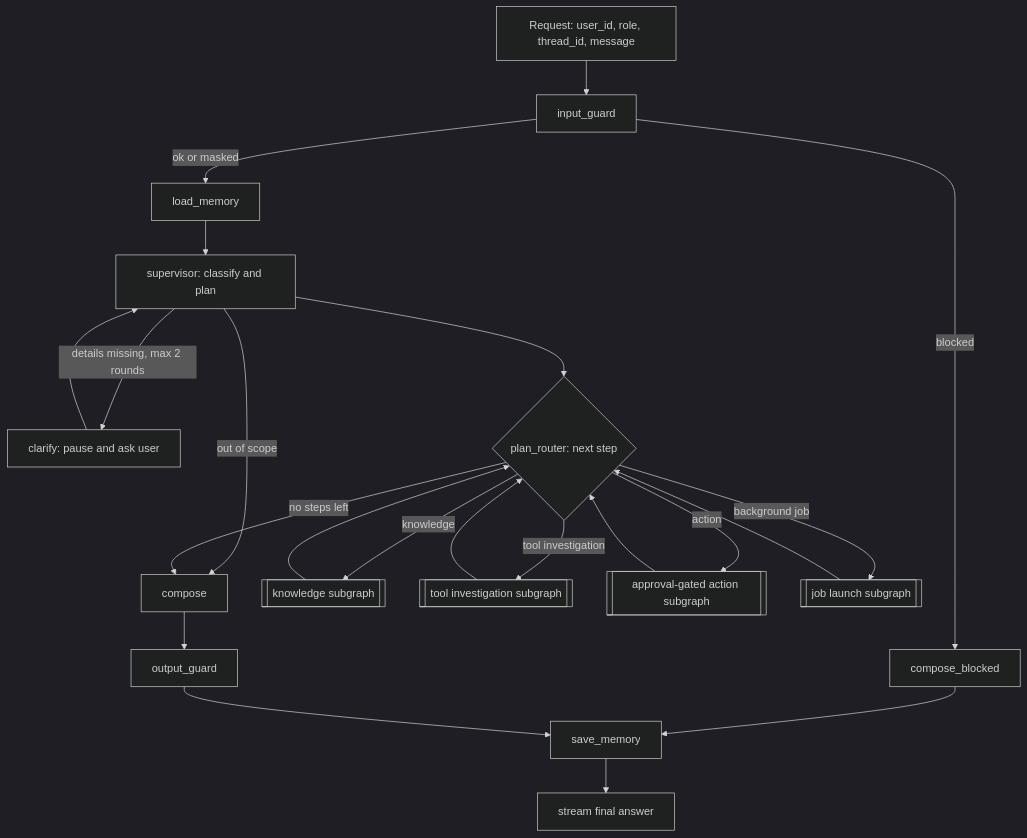
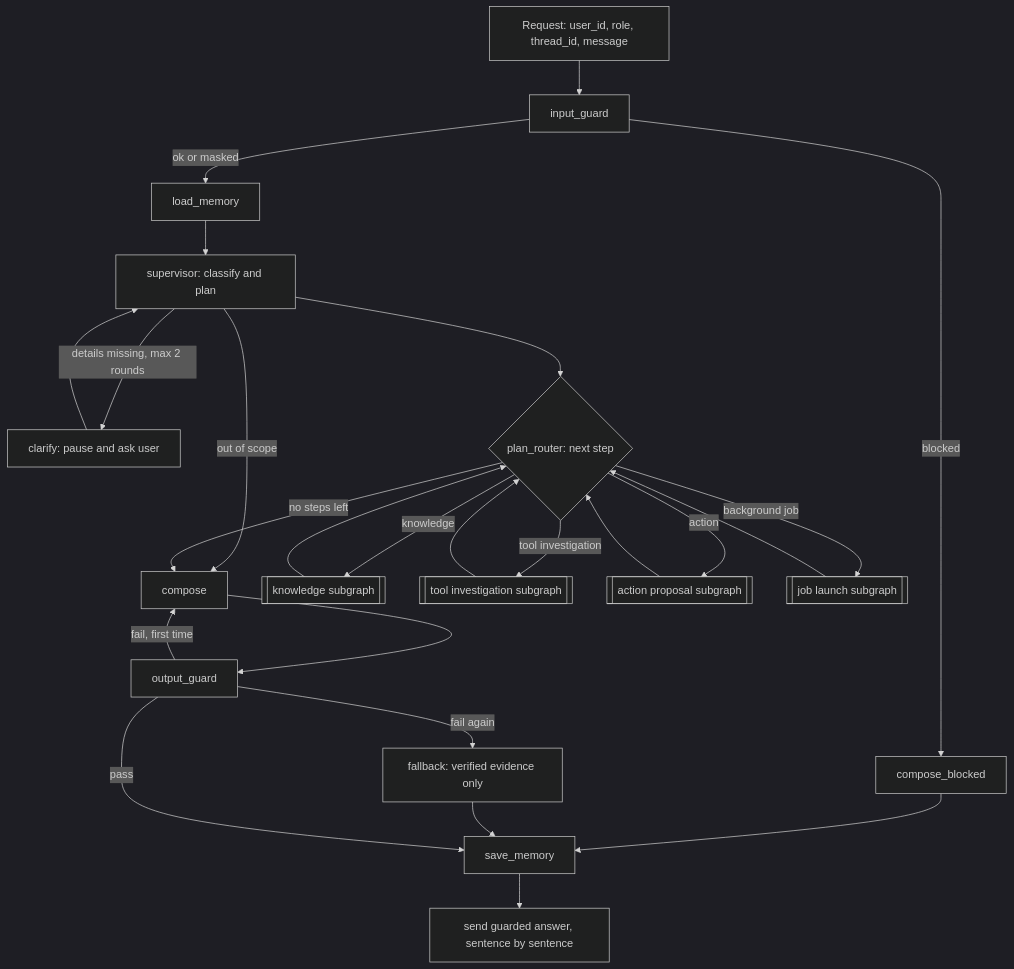
One commit to AnkushBhise/Enterprise_Operations_Copilot changed the first of 8 diagrams in docs/design.md. Above: the diagram before and after it, drawn with Mermaid (dark theme). The commit also changed other lines of this file and 2 other files, not shown here.

````diff
--- a/docs/design.md
+++ b/docs/design.md
@@ -332,24 +352,27 @@
 ```mermaid
 flowchart TD
     REQ["Request: user_id, role, thread_id, message"] --> IG["input_guard"]
     IG -->|blocked| CB["compose_blocked"]
     IG -->|ok or masked| LM["load_memory"]
     LM --> SUP["supervisor: classify and plan"]
     SUP -->|details missing, max 2 rounds| CL["clarify: pause and ask user"]
     CL --> SUP
     SUP -->|out of scope| COMP
     SUP --> PR{"plan_router: next step"}
     PR -->|knowledge| W1[["knowledge subgraph"]]
     PR -->|tool investigation| W2[["tool investigation subgraph"]]
-    PR -->|action| W3[["approval-gated action subgraph"]]
+    PR -->|action| W3[["action proposal subgraph"]]
     PR -->|background job| W4[["job launch subgraph"]]
     PR -->|no steps left| COMP["compose"]
     W1 --> PR
     W2 --> PR
     W3 --> PR
     W4 --> PR
     CB --> SM
     COMP --> OG["output_guard"]
-    OG --> SM["save_memory"]
-    SM --> OUT["stream final answer"]
+    OG -->|fail, first time| COMP
+    OG -->|fail again| FB["fallback: verified evidence only"]
+    FB --> SM
+    OG -->|pass| SM["save_memory"]
+    SM --> OUT["send guarded answer, sentence by sentence"]
 ```
````
